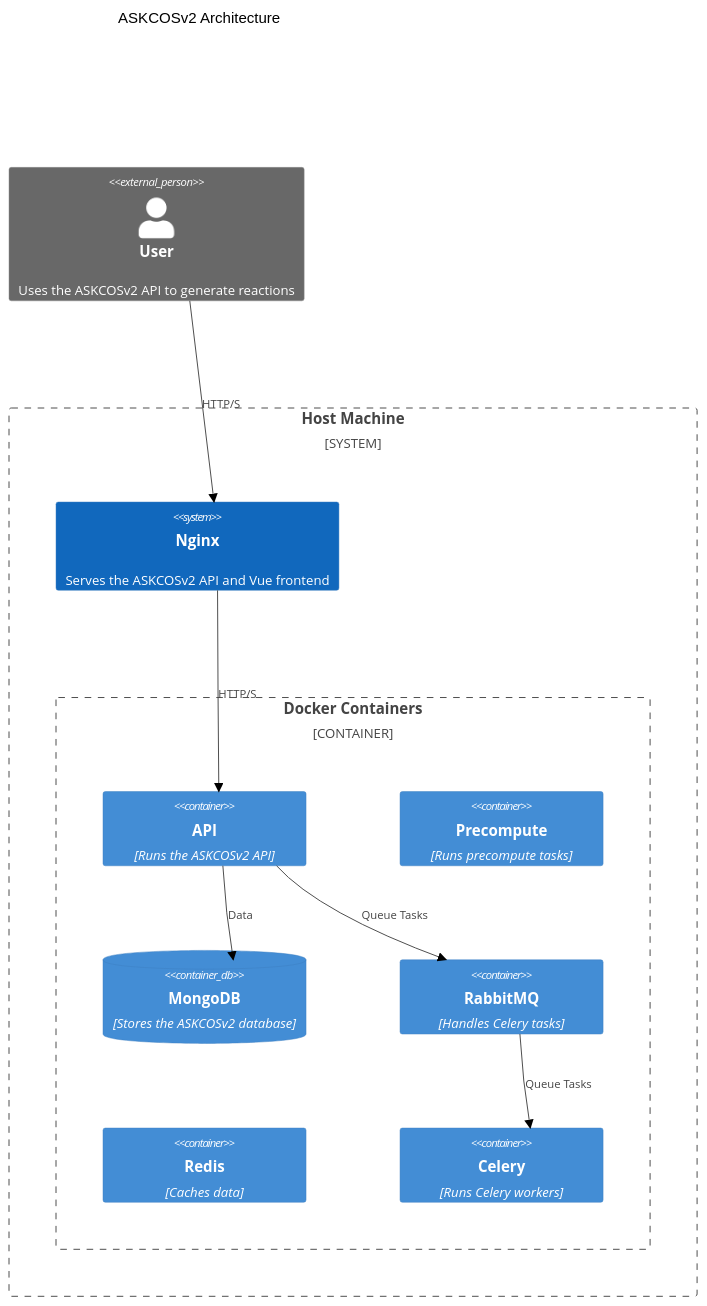
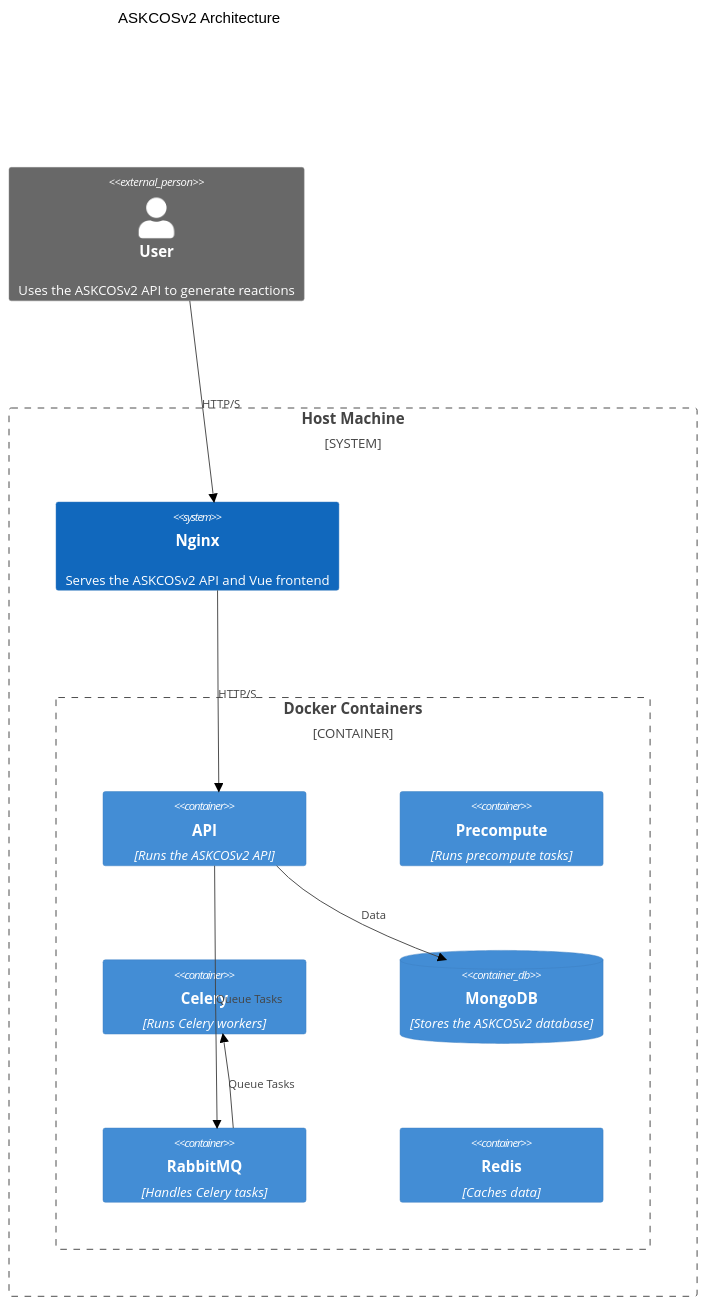
The diagram in docs/architecture.md (SethCurry/askcos2_core), drawn with Mermaid (forest theme) before and after one commit. The commit also changed other lines of this file, not shown here.

Commit message:
Adding relationships to architecture diagram

````diff
--- a/docs/architecture.md
+++ b/docs/architecture.md
@@ -3,27 +3,27 @@
 ```mermaid
 C4Context
 
 title ASKCOSv2 Architecture
 
 Person_Ext(user, "User", "Uses the ASKCOSv2 API to generate reactions")
 
 System_Boundary(host, "Host Machine") {
     System(nginx, "Nginx", "Serves the ASKCOSv2 API and Vue frontend")
 
     Container_Boundary(docker, "Docker Containers") {
         Container(api, "API", "Runs the ASKCOSv2 API")
         Container(precompute, "Precompute", "Runs precompute tasks")
+        Container(celery, "Celery", "Runs Celery workers")
         ContainerDb(mongo, "MongoDB", "Stores the ASKCOSv2 database")
         Container(rabbitmq, "RabbitMQ", "Handles Celery tasks")
         Container(redis, "Redis", "Caches data")
-        Container(celery, "Celery", "Runs Celery workers")
     }
 }
 
 Rel_Down(user, nginx, "HTTP/S")
 Rel_Down(nginx, api, "HTTP/S")
 Rel_Up(rabbitmq, celery, "Queue Tasks")
 Rel_Down(api, mongo, "Data")
 Rel_Down(api, rabbitmq, "Queue Tasks")
 UpdateLayoutConfig($c4ShapeInRow="3", $c4BoundaryInRow="1")
 ```
````
